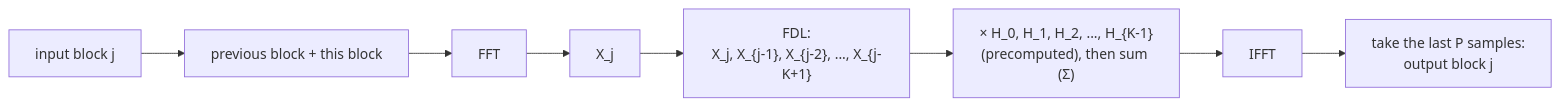
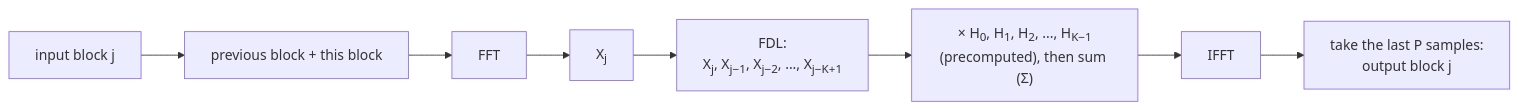
The ninth of 11 diagrams in lessons/12-reverb/README.md (TomHsieh300/DAW-for-fun), drawn with Mermaid before and after one commit. The commit also changed other lines of this file and 19 other files, not shown here.

First line of the commit message:
lessons: typeset subscripts and superscripts in Mermaid labels

````diff
--- a/lessons/12-reverb/README.md
+++ b/lessons/12-reverb/README.md
@@ -446,7 +446,7 @@
 ```mermaid
 flowchart LR
-    IN["input block j"] --> FR["previous block + this block"] --> F["FFT"] --> XJ["X_j"]
-    XJ --> FDL["FDL:<br/>X_j, X_{j-1}, X_{j-2}, ..., X_{j-K+1}"]
-    FDL --> MAC["× H_0, H_1, H_2, ..., H_{K-1}<br/>(precomputed), then sum (Σ)"]
+    IN["input block j"] --> FR["previous block + this block"] --> F["FFT"] --> XJ["X<sub>j</sub>"]
+    XJ --> FDL["FDL:<br/>X<sub>j</sub>, X<sub>j−1</sub>, X<sub>j−2</sub>, ..., X<sub>j−K+1</sub>"]
+    FDL --> MAC["× H<sub>0</sub>, H<sub>1</sub>, H<sub>2</sub>, ..., H<sub>K−1</sub><br/>(precomputed), then sum (Σ)"]
     MAC --> I["IFFT"] --> OUT["take the last P samples:<br/>output block j"]
 ```
````
